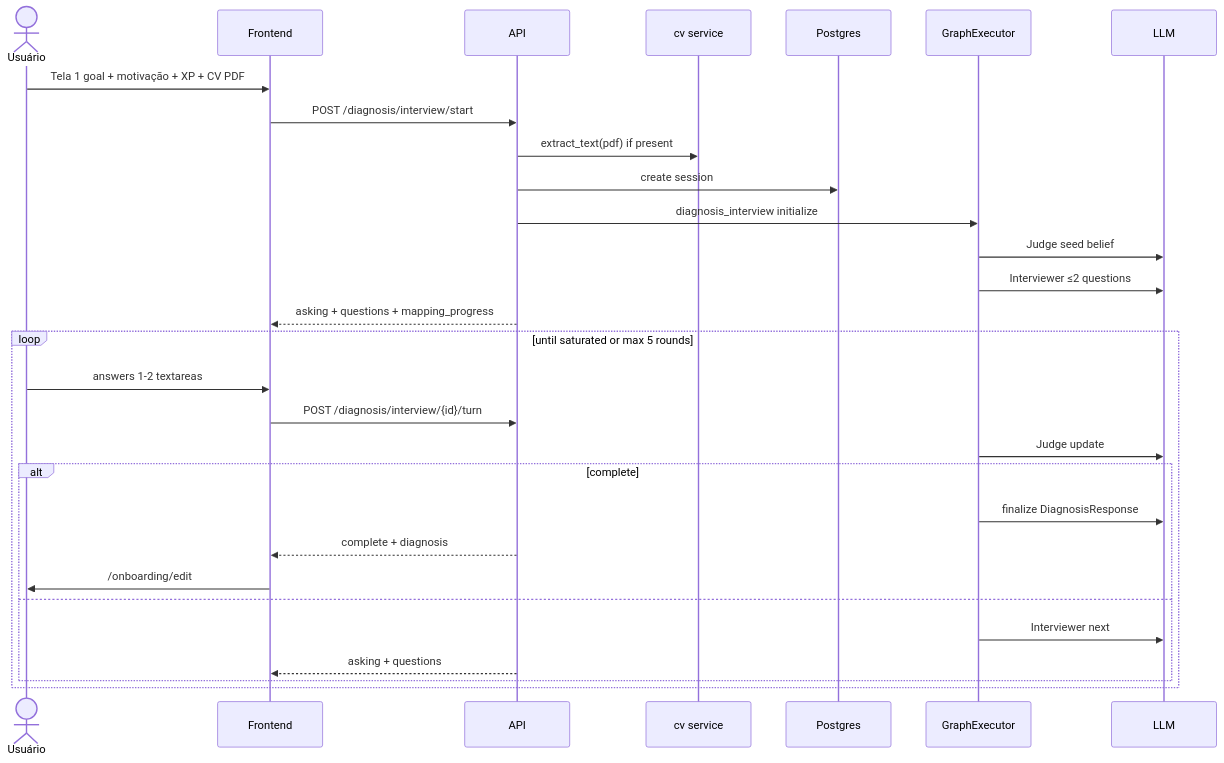
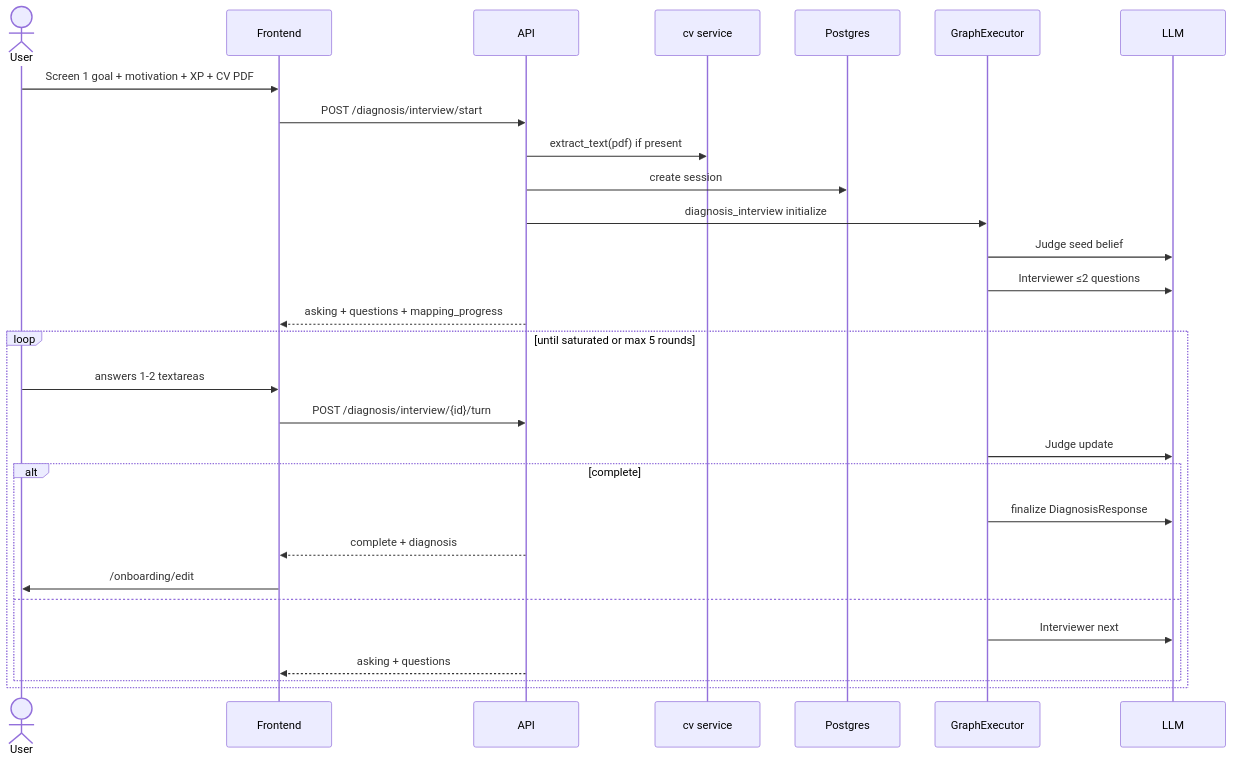
Before and after one commit to BorderlessCodingHub/career-forge-v2: the diagram in docs/product/DIAGNOSIS-INTERVIEW.md, drawn with Mermaid. The commit also changed 24 other files, not shown here.

````diff
--- a/docs/product/DIAGNOSIS-INTERVIEW.md
+++ b/docs/product/DIAGNOSIS-INTERVIEW.md
@@ -11,33 +11,33 @@
 ```mermaid
 sequenceDiagram
-    actor U as Usuário
+    actor U as User
     participant FE as Frontend
     participant API as API
     participant CV as cv service
     participant DB as Postgres
     participant GX as GraphExecutor
     participant LLM as LLM
 
-    U->>FE: Tela 1 goal + motivação + XP + CV PDF
+    U->>FE: Screen 1 goal + motivation + XP + CV PDF
     FE->>API: POST /diagnosis/interview/start
     API->>CV: extract_text(pdf) if present
     API->>DB: create session
     API->>GX: diagnosis_interview initialize
     GX->>LLM: Judge seed belief
     GX->>LLM: Interviewer ≤2 questions
     API-->>FE: asking + questions + mapping_progress
 
     loop until saturated or max 5 rounds
         U->>FE: answers 1-2 textareas
         FE->>API: POST /diagnosis/interview/{id}/turn
         GX->>LLM: Judge update
         alt complete
             GX->>LLM: finalize DiagnosisResponse
             API-->>FE: complete + diagnosis
             FE->>U: /onboarding/edit
         else
             GX->>LLM: Interviewer next
             API-->>FE: asking + questions
         end
     end
 ```
````
